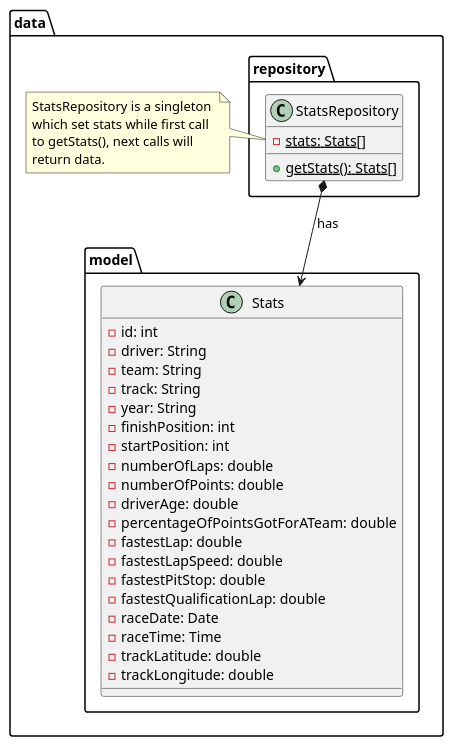
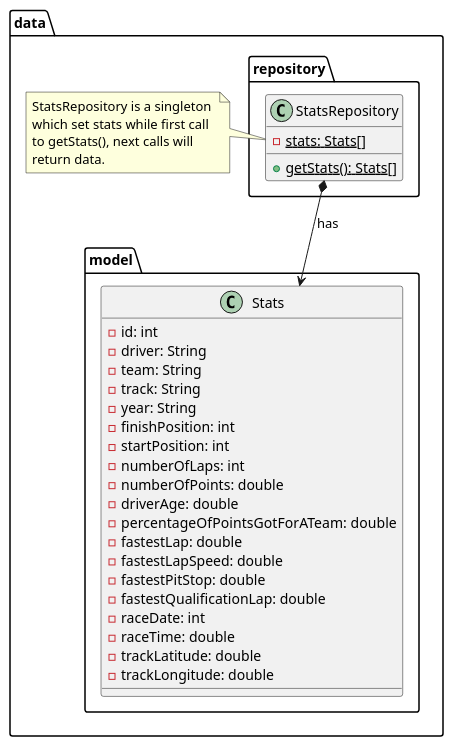
One commit to kambed/Computer-Recognition-Systems changed the second of 8 diagrams in task2/README.md. Above: the diagram before and after it, drawn with PlantUML. The commit also changed other lines of this file, not shown here.

````diff
--- a/task2/README.md
+++ b/task2/README.md
@@ -39,41 +43,41 @@
 ```plantuml
 package data {
     package model {
         class Stats {
             - id: int
             - driver: String
             - team: String
             - track: String
             - year: String
             - finishPosition: int
             - startPosition: int
-            - numberOfLaps: double
+            - numberOfLaps: int
             - numberOfPoints: double
             - driverAge: double
             - percentageOfPointsGotForATeam: double
             - fastestLap: double
             - fastestLapSpeed: double
             - fastestPitStop: double
             - fastestQualificationLap: double
-            - raceDate: Date
-            - raceTime: Time
+            - raceDate: int
+            - raceTime: double
             - trackLatitude: double
             - trackLongitude: double
         }
     }
     package repository {
         class StatsRepository {
             - {static} stats: Stats[]
             + {static} getStats(): Stats[]
         }
         StatsRepository *--> Stats: has
     }
 
     note left of StatsRepository::stats
         StatsRepository is a singleton 
         which set stats while first call 
         to getStats(), next calls will
         return data.
     end note
 }
 ```
````
